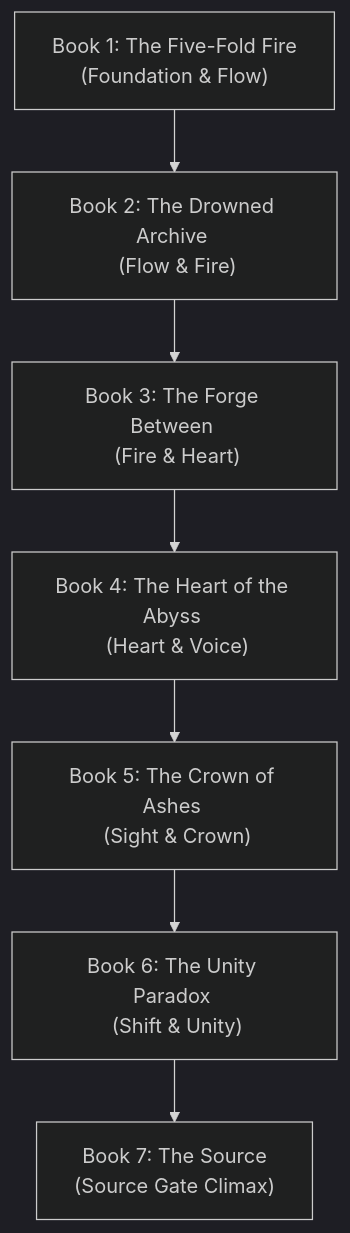
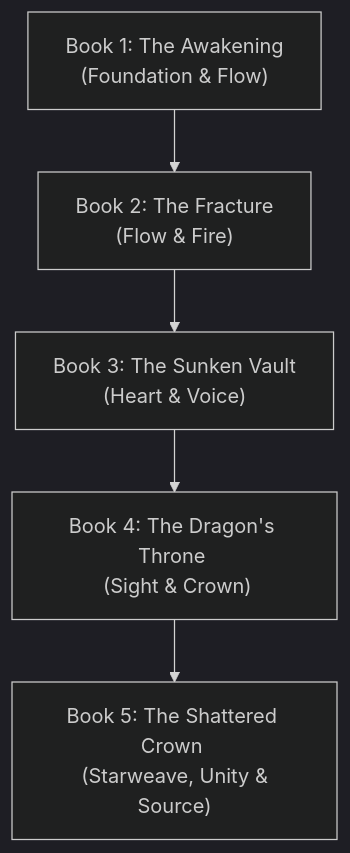
One commit to frankxai/arcanea-ai-app changed the second of 2 diagrams in docs/strategy/ARCANEA_CORE_FRANCHISE_MASTER_PLAN.md. Above: the diagram before and after it, drawn with Mermaid (dark theme). The commit also changed other lines of this file and 59 other files, not shown here.

````diff
--- a/docs/strategy/ARCANEA_CORE_FRANCHISE_MASTER_PLAN.md
+++ b/docs/strategy/ARCANEA_CORE_FRANCHISE_MASTER_PLAN.md
@@ -63,9 +209,7 @@
 ```mermaid
 graph TD
-    A["Book 1: The Five-Fold Fire <br> (Foundation & Flow)"] --> B["Book 2: The Drowned Archive <br> (Flow & Fire)"]
-    B --> C["Book 3: The Forge Between <br> (Fire & Heart)"]
-    C --> D["Book 4: The Heart of the Abyss <br> (Heart & Voice)"]
-    D --> E["Book 5: The Crown of Ashes <br> (Sight & Crown)"]
-    E --> F["Book 6: The Unity Paradox <br> (Shift & Unity)"]
-    F --> G["Book 7: The Source <br> (Source Gate Climax)"]
+    A["Book 1: The Awakening <br> (Foundation & Flow)"] --> B["Book 2: The Fracture <br> (Flow & Fire)"]
+    B --> C["Book 3: The Sunken Vault <br> (Heart & Voice)"]
+    C --> D["Book 4: The Dragon's Throne <br> (Sight & Crown)"]
+    D --> E["Book 5: The Shattered Crown <br> (Starweave, Unity & Source)"]
 ```
````
